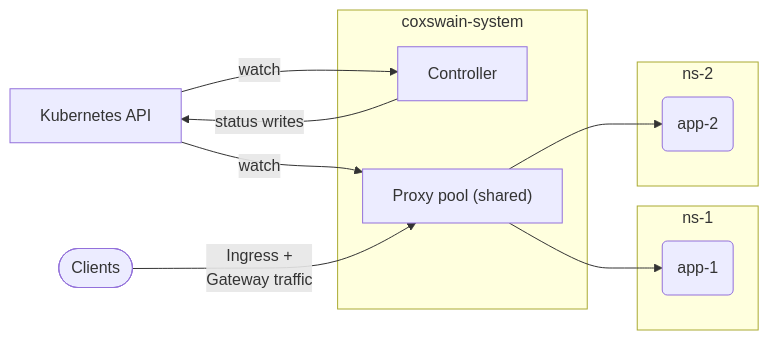
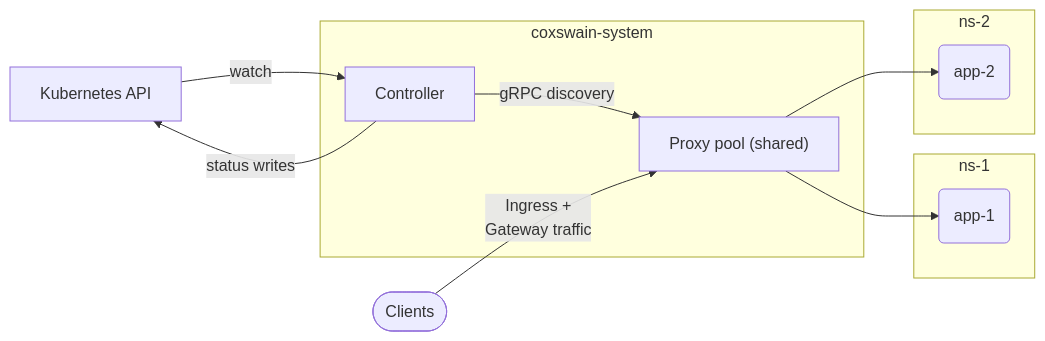
One commit to coxswain-labs/coxswain changed the second of 6 diagrams in docs/src/architecture.md. Above: the diagram before and after it, drawn with Mermaid. The commit also changed other lines of this file and 15 other files, not shown here.

````diff
--- a/docs/src/architecture.md
+++ b/docs/src/architecture.md
@@ -76,24 +96,24 @@
 ```mermaid
 flowchart LR
     K8s[Kubernetes API]
 
     subgraph cs[coxswain-system]
         C[Controller]
         SP["Proxy pool (shared)"]
     end
 
     subgraph n1[ns-1]
         A1(app-1)
     end
 
     subgraph n2[ns-2]
         A2(app-2)
     end
 
     K8s -->|watch| C
     C -->|status writes| K8s
-    K8s -->|watch| SP
+    C -->|gRPC discovery| SP
 
     Clients([Clients]) -->|Ingress +\nGateway traffic| SP
     SP --> A1 & A2
 ```
````
